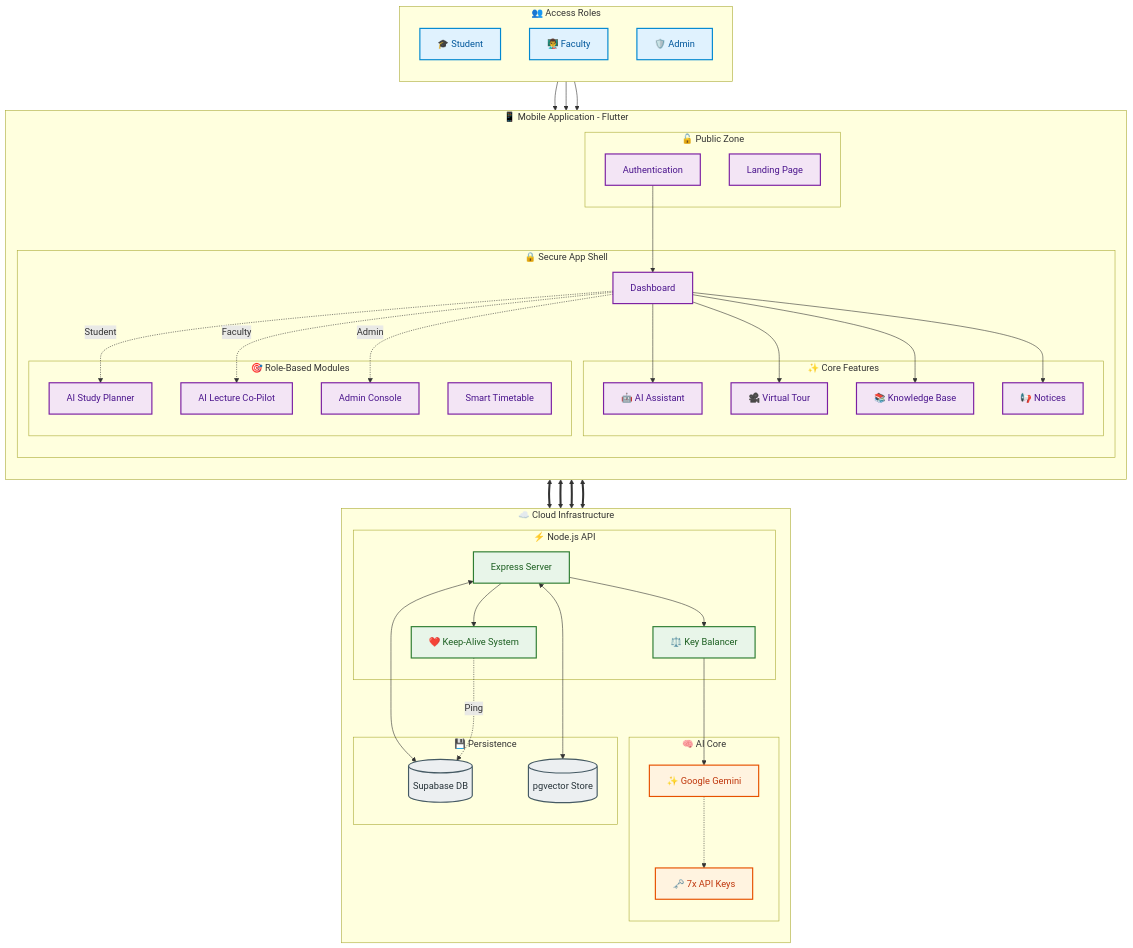
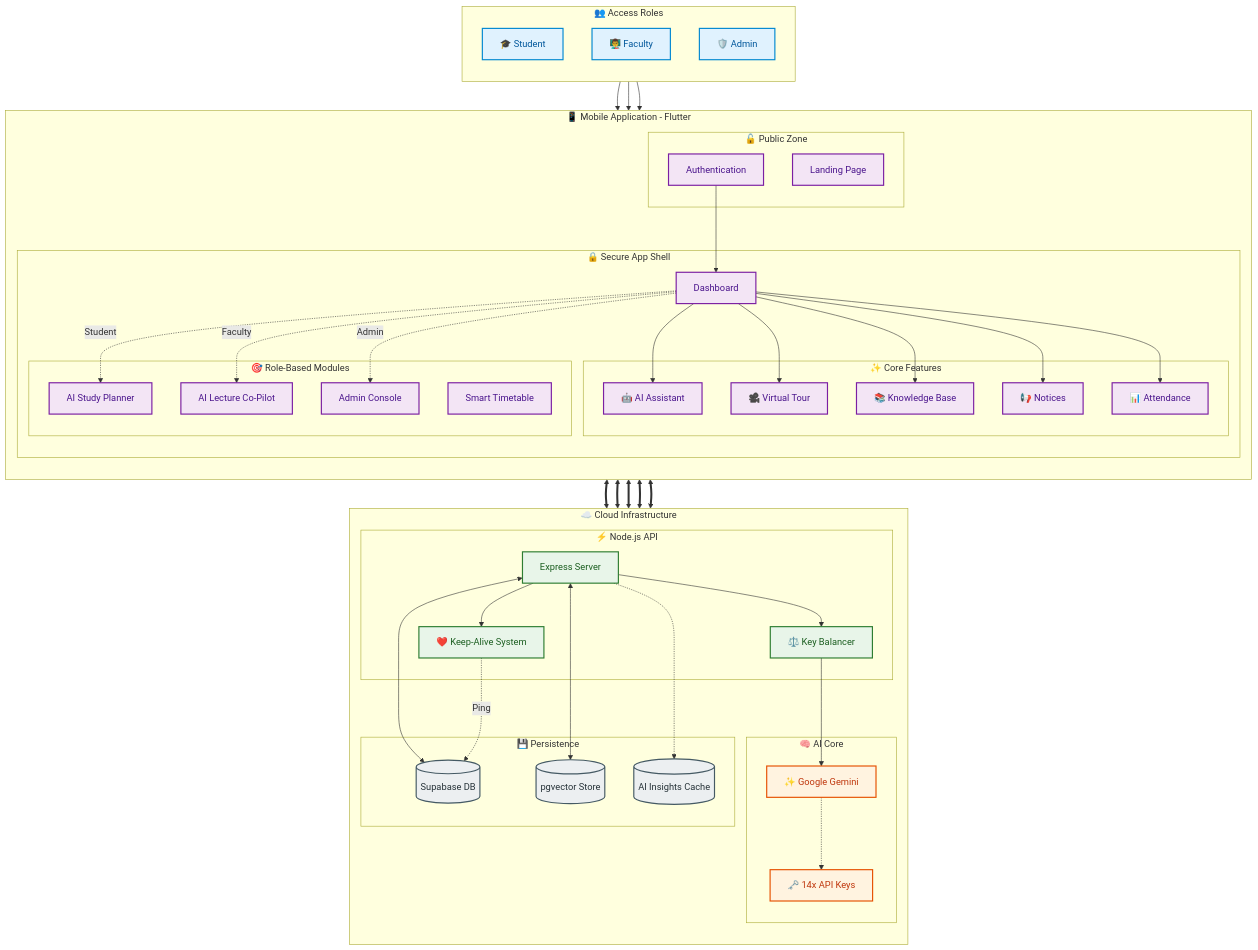
One commit to Subhapreet21/Proactive-Multimodal-Academic-Support-System changed the diagram in README.md. Above: the diagram before and after it, drawn with Mermaid. The commit also changed other lines of this file and 2 other files, not shown here.

Commit message:
Official release of the attendance page for UAT

```diff
--- a/README.md
+++ b/README.md
@@ -87,6 +94,7 @@
                 Tour[🎥 Virtual Tour]:::flutter
                 KB[📚 Knowledge Base]:::flutter
                 Events[📢 Notices]:::flutter
+                Attendance[📊 Attendance]:::flutter
             end
 
             subgraph RoleSpecific [🎯 Role-Based Modules]
@@ -109,12 +117,13 @@
 
         subgraph Intelligence [🧠 AI Core]
             Gemini[✨ Google Gemini]:::cloud
-            Gemini_x7[🗝️ 7x API Keys]:::cloud
+            Gemini_x7[🗝️ 14x API Keys]:::cloud
         end
 
         subgraph DataLayer [💾 Persistence]
             Supabase[(Supabase DB)]:::db
             Vector[(pgvector Store)]:::db
+            Insights[(AI Insights Cache)]:::db
         end
     end
 
@@ -131,6 +140,7 @@
     Dash --> Tour
     Dash --> KB
     Dash --> Events
+    Dash --> Attendance
 
     %% Role Specific Logic
     Dash -. Student .-> Study
@@ -142,6 +152,7 @@
     CoPilot <==> Server
     Study <==> Server
     Tour <==> Server
+    Attendance <==> Server
 
     %% Internal Backend Flow
     Server --> LB
@@ -151,6 +162,7 @@
     
     Server <--> Supabase
     Server <--> Vector
+    Server -.-> Insights
 
     %% Keep Alive Logic
     Keeper -. Ping .-> Supabase
```
